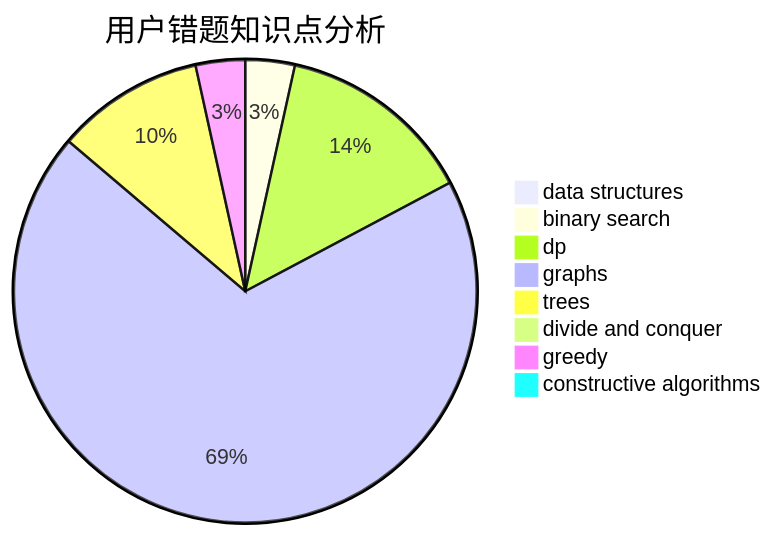
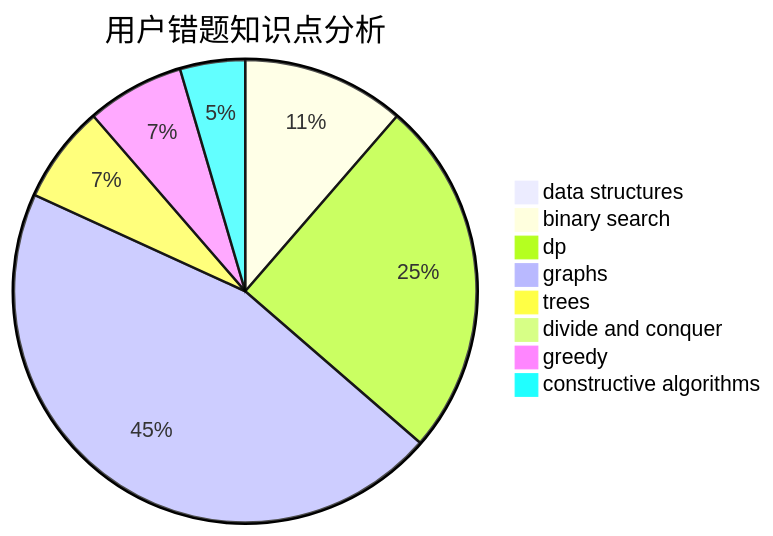
Before and after one commit to sherpahu/cfrs.github.io: the third of 3 diagrams in docs/user/u2526.md, drawn with Mermaid. The commit also changed other lines of this file and 2770 other files, not shown here.

````diff
--- a/docs/user/u2526.md
+++ b/docs/user/u2526.md
@@ -36,11 +36,11 @@
 ```mermaid
 pie title 用户错题知识点分析
     "data structures" :  0
-    "binary search" :  1
-    "dp" :  4
+    "binary search" :  5
+    "dp" :  11
     "graphs" :  20
     "trees" :  3
     "divide and conquer" :  0
-    "greedy" :  1
-    "constructive algorithms" :  0
+    "greedy" :  3
+    "constructive algorithms" :  2
 ```
````
